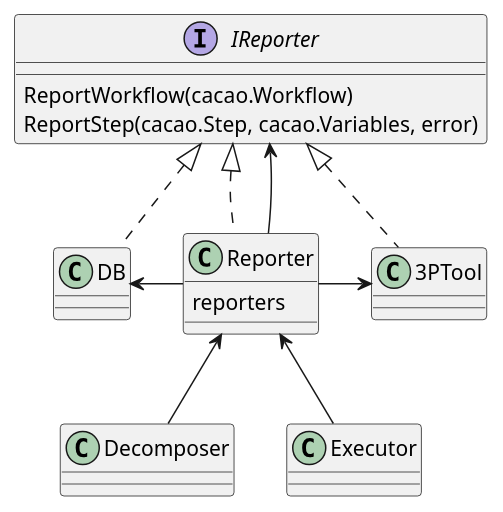
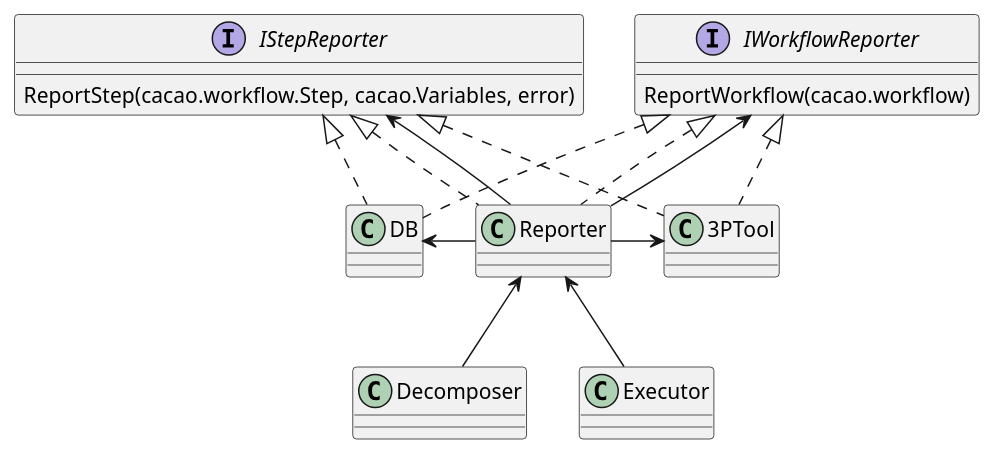
Before and after one commit to COSSAS/SOARCA: the diagram in docs/content/en/docs/core-components/reporting.md, drawn with PlantUML. The commit also changed other lines of this file and 5 other files, not shown here.

Commit message:
re improved architecture and implementation

````diff
--- a/docs/content/en/docs/core-components/reporting.md
+++ b/docs/content/en/docs/core-components/reporting.md
@@ -28,30 +28,35 @@
 ```plantuml
 @startuml
 set separator ::
 
-interface IReporter{
-    ReportWorkflow(cacao.Workflow)
-    ReportStep(cacao.Step, cacao.Variables, error)
+interface IWorkflowReporter{
+    ReportWorkflow(cacao.workflow)
 }
 
-class Reporter {
-    reporters
+interface IStepReporter{
+    ReportStep(cacao.workflow.Step, cacao.Variables, error)
 }
+
+class Reporter 
 class DB
 class 3PTool
 class Decomposer
 class Executor
 
 Decomposer -up-> Reporter
 Executor -up-> Reporter
 
-Reporter .up.|> IReporter
-Reporter -up-> IReporter
+Reporter .up.|> IWorkflowReporter
+Reporter -up-> IWorkflowReporter
+Reporter .up.|> IStepReporter
+Reporter -up-> IStepReporter
 
-DB .up.|> IReporter
-3PTool .up.|> IReporter
+DB .up.|> IWorkflowReporter
+DB .up.|> IStepReporter
+3PTool .up.|> IWorkflowReporter
+3PTool .up.|> IStepReporter
 
 Reporter -left-> DB
 Reporter -right-> 3PTool
 
 ```
````
